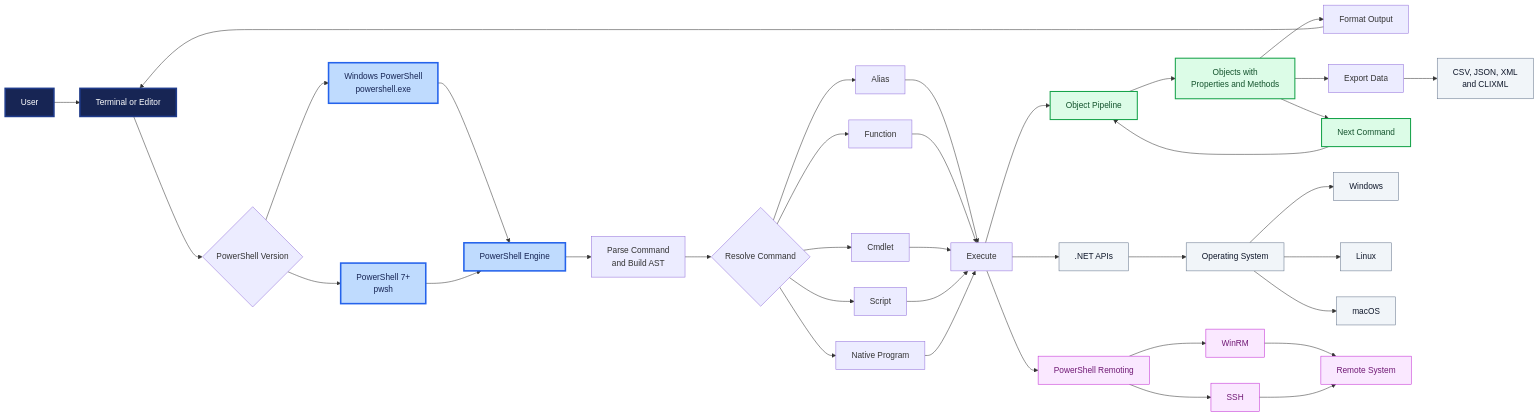
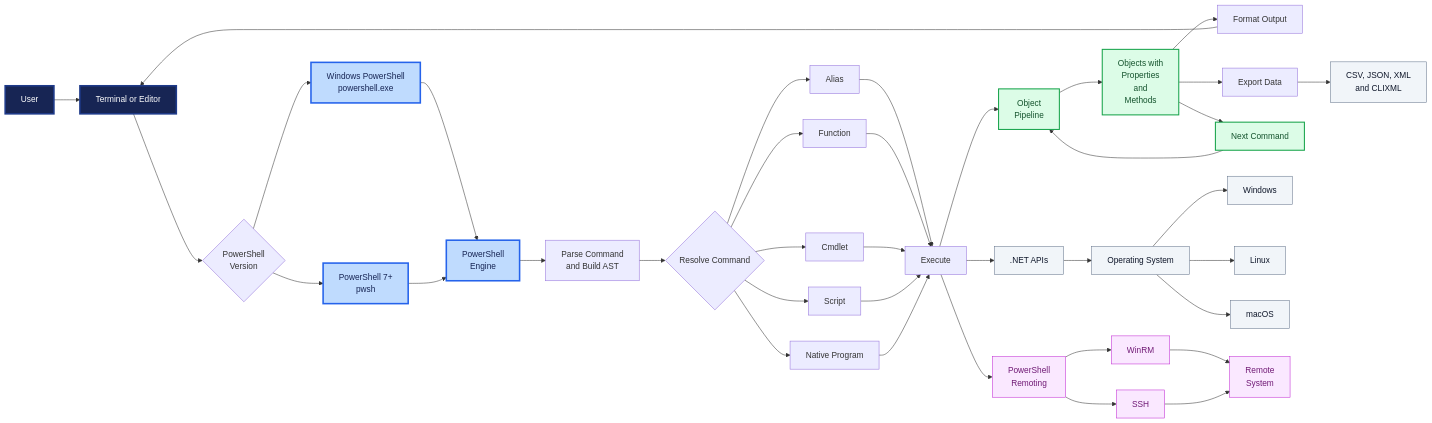
One commit to cybersecurity-dev/Awesome-Malicious-Powershell-Script-Detection-Scientific-Research changed the diagram in README.md. Above: the diagram before and after it, drawn with Mermaid.

Commit message:
++small fix

````diff
--- a/README.md
+++ b/README.md
@@ -1,61 +1,61 @@
 ```mermaid
 flowchart LR
     USER["User"] --> HOST["Terminal or Editor"]
 
-    HOST --> PS{"PowerShell Version"}
+    HOST --> PS{"PowerShell<br/>Version"}
     PS --> WPS["Windows PowerShell<br/>powershell.exe"]
     PS --> PSC["PowerShell 7+<br/>pwsh"]
 
-    WPS --> ENGINE["PowerShell Engine"]
+    WPS --> ENGINE["PowerShell<br/>Engine"]
     PSC --> ENGINE
 
     ENGINE --> PARSE["Parse Command<br/>and Build AST"]
     PARSE --> RESOLVE{"Resolve Command"}
 
     RESOLVE --> ALIAS["Alias"]
     RESOLVE --> FUNCTION["Function"]
     RESOLVE --> CMDLET["Cmdlet"]
     RESOLVE --> SCRIPT["Script"]
     RESOLVE --> NATIVE["Native Program"]
 
     ALIAS --> EXECUTE["Execute"]
     FUNCTION --> EXECUTE
     CMDLET --> EXECUTE
     SCRIPT --> EXECUTE
     NATIVE --> EXECUTE
 
-    EXECUTE --> PIPELINE["Object Pipeline"]
-    PIPELINE --> OBJECT["Objects with<br/>Properties and Methods"]
+    EXECUTE --> PIPELINE["Object<br/>Pipeline"]
+    PIPELINE --> OBJECT["Objects with<br/>Properties<br/>and<br/>Methods"]
 
     OBJECT --> FORMAT["Format Output"]
     OBJECT --> EXPORT["Export Data"]
     OBJECT --> NEXT["Next Command"]
 
     FORMAT --> HOST
     EXPORT --> FILES["CSV, JSON, XML<br/>and CLIXML"]
     NEXT --> PIPELINE
 
     EXECUTE --> DOTNET[".NET APIs"]
     DOTNET --> OS["Operating System"]
     OS --> WINDOWS["Windows"]
     OS --> LINUX["Linux"]
     OS --> MACOS["macOS"]
 
-    EXECUTE --> REMOTE["PowerShell Remoting"]
+    EXECUTE --> REMOTE["PowerShell<br/>Remoting"]
     REMOTE --> WINRM["WinRM"]
     REMOTE --> SSH["SSH"]
-    WINRM --> TARGET["Remote System"]
+    WINRM --> TARGET["Remote<br/>System"]
     SSH --> TARGET
 
     classDef user fill:#172554,color:#ffffff,stroke:#1e3a8a,stroke-width:3px
     classDef ps fill:#bfdbfe,color:#172554,stroke:#2563eb,stroke-width:3px
     classDef pipeline fill:#dcfce7,color:#14532d,stroke:#16a34a,stroke-width:2px
     classDef system fill:#f1f5f9,color:#0f172a,stroke:#64748b
     classDef remote fill:#fae8ff,color:#701a75,stroke:#c026d3
 
     class USER,HOST user
     class WPS,PSC,ENGINE ps
     class PIPELINE,OBJECT,NEXT pipeline
     class DOTNET,OS,WINDOWS,LINUX,MACOS,FILES system
     class REMOTE,WINRM,SSH,TARGET remote
 ```
````
